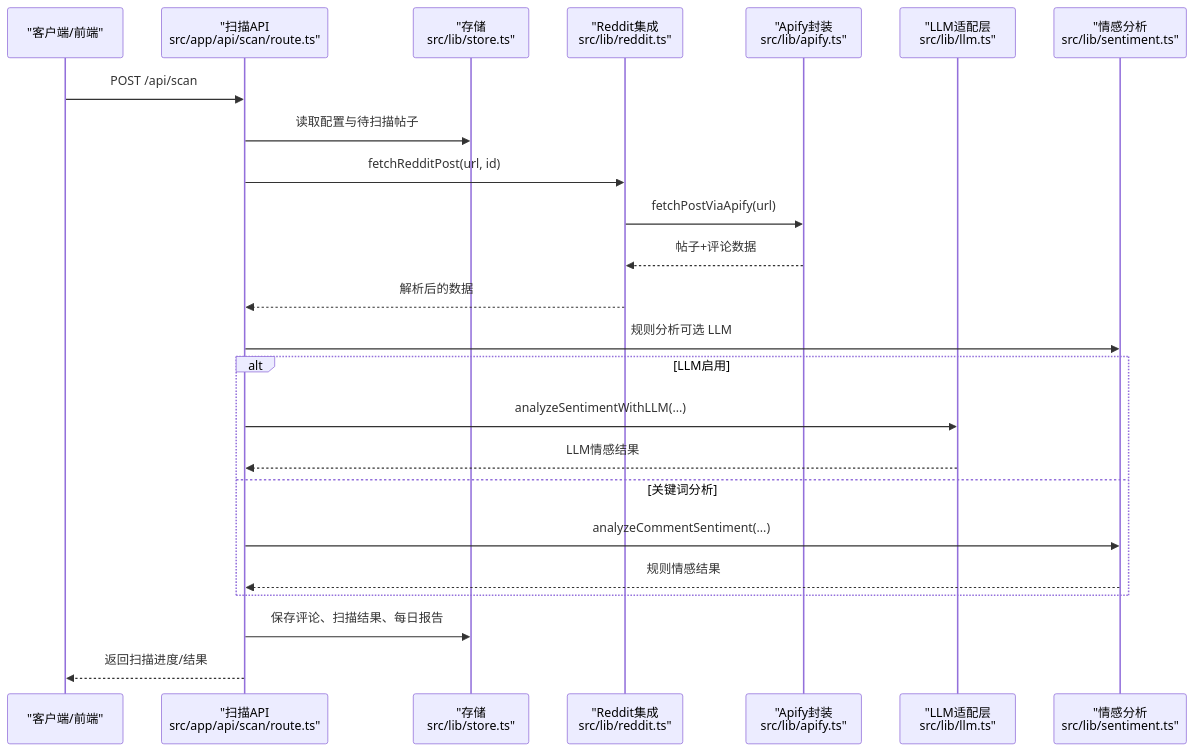
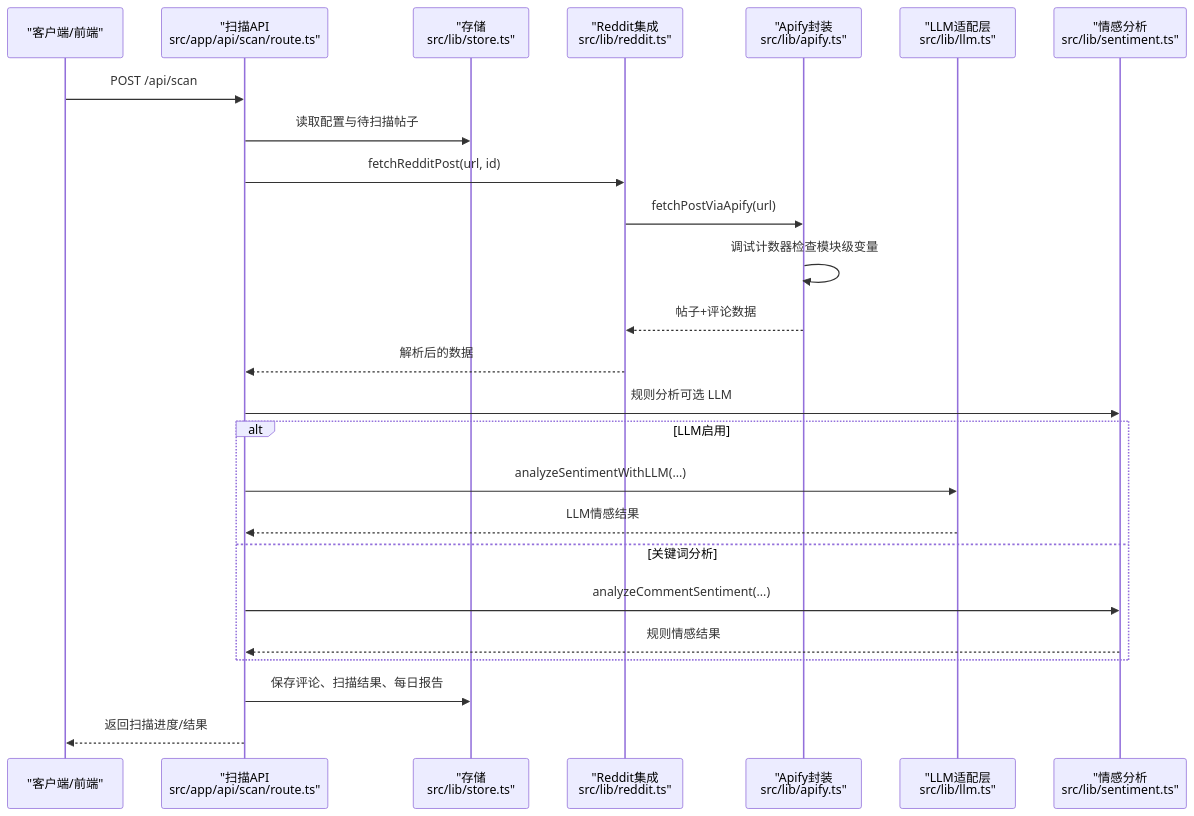
The second of 5 diagrams in .qoder/repowiki/zh/content/扩展开发/第三方平台集成.md (zezzezzez/reddit), drawn with Mermaid before and after one commit. The commit also changed other lines of this file and 21 other files, not shown here.

````diff
--- a/.qoder/repowiki/zh/content/扩展开发/第三方平台集成.md
+++ b/.qoder/repowiki/zh/content/扩展开发/第三方平台集成.md
@@ -111,26 +125,27 @@
 ```mermaid
 sequenceDiagram
 participant Client as "客户端/前端"
 participant API as "扫描API<br/>src/app/api/scan/route.ts"
 participant Store as "存储<br/>src/lib/store.ts"
 participant Reddit as "Reddit集成<br/>src/lib/reddit.ts"
 participant Apify as "Apify封装<br/>src/lib/apify.ts"
 participant LLM as "LLM适配层<br/>src/lib/llm.ts"
 participant Sent as "情感分析<br/>src/lib/sentiment.ts"
 Client->>API : POST /api/scan
 API->>Store : 读取配置与待扫描帖子
 API->>Reddit : fetchRedditPost(url, id)
 Reddit->>Apify : fetchPostViaApify(url)
+Apify->>Apify : 调试计数器检查模块级变量
 Apify-->>Reddit : 帖子+评论数据
 Reddit-->>API : 解析后的数据
 API->>Sent : 规则分析可选 LLM
 alt LLM启用
 API->>LLM : analyzeSentimentWithLLM(...)
 LLM-->>API : LLM情感结果
 else 关键词分析
 API->>Sent : analyzeCommentSentiment(...)
 Sent-->>API : 规则情感结果
 end
 API->>Store : 保存评论、扫描结果、每日报告
 API-->>Client : 返回扫描进度/结果
 ```
````
